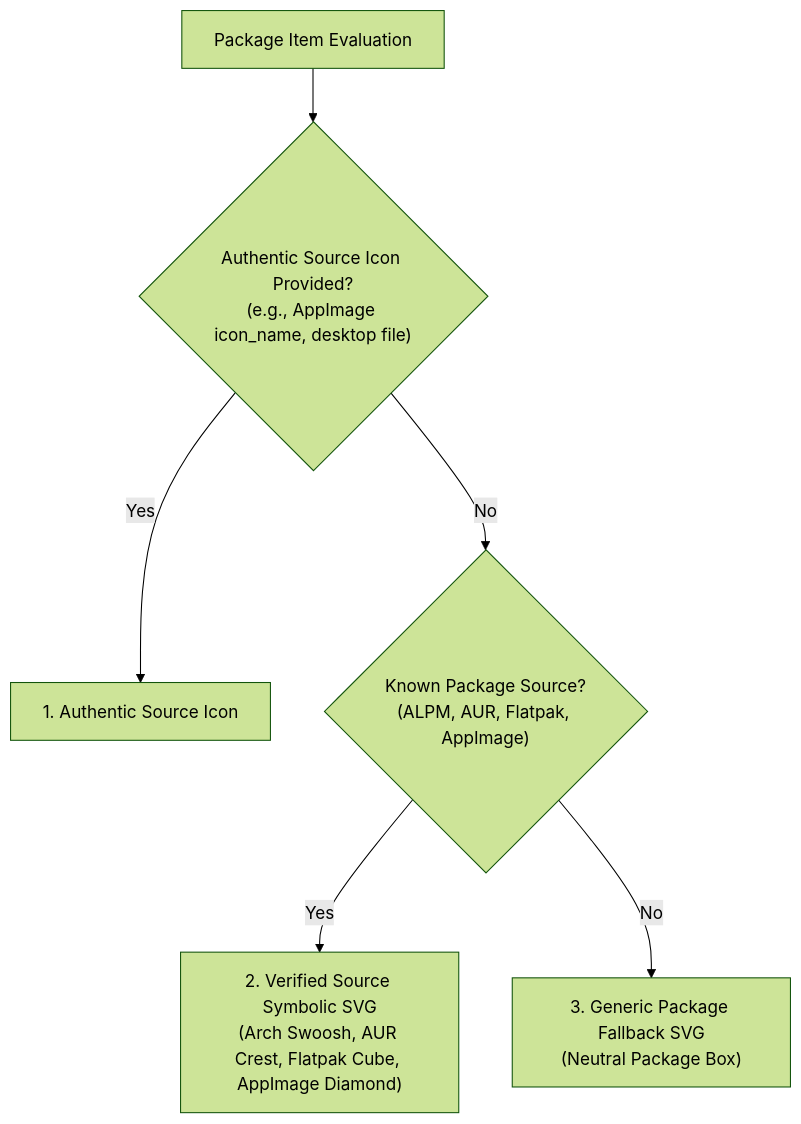
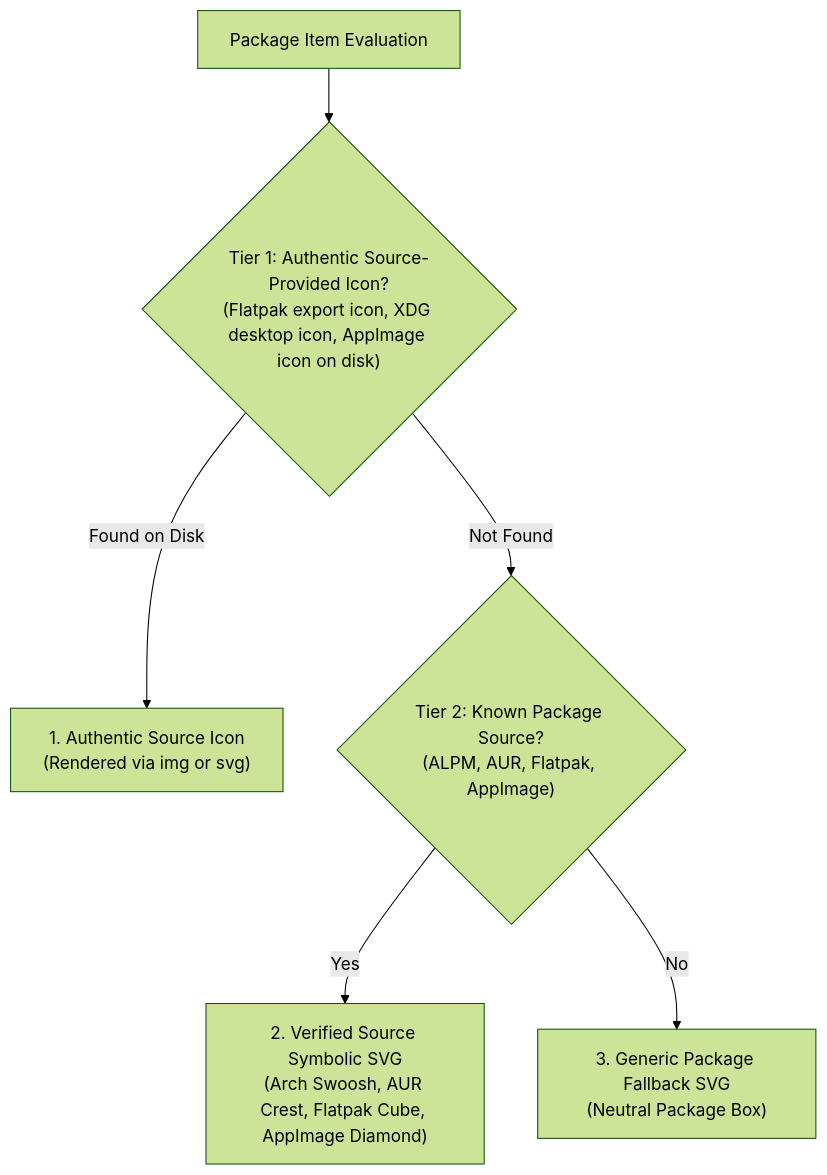
The diagram in docs/gpui/ux-workbench/04-RESULTS-WORKBENCH.md (tension-atoi/shelly-gpui), drawn with Mermaid (forest theme) before and after one commit. The commit also changed other lines of this file and 5 other files, not shown here.

````diff
--- a/docs/gpui/ux-workbench/04-RESULTS-WORKBENCH.md
+++ b/docs/gpui/ux-workbench/04-RESULTS-WORKBENCH.md
@@ -44,8 +44,8 @@
 ```mermaid
 flowchart TD
-    Start["Package Item Evaluation"] --> Step1{"Authentic Source Icon Provided?<br/>(e.g., AppImage icon_name, desktop file)"}
-    Step1 -- Yes --> UseProvided["1. Authentic Source Icon"]
-    Step1 -- No --> Step2{"Known Package Source?<br/>(ALPM, AUR, Flatpak, AppImage)"}
+    Start["Package Item Evaluation"] --> Step1{"Tier 1: Authentic Source-Provided Icon?<br/>(Flatpak export icon, XDG desktop icon, AppImage icon on disk)"}
+    Step1 -- Found on Disk --> UseProvided["1. Authentic Source Icon<br/>(Rendered via img or svg)"]
+    Step1 -- Not Found --> Step2{"Tier 2: Known Package Source?<br/>(ALPM, AUR, Flatpak, AppImage)"}
     Step2 -- Yes --> UseSymbolic["2. Verified Source Symbolic SVG<br/>(Arch Swoosh, AUR Crest, Flatpak Cube, AppImage Diamond)"]
     Step2 -- No --> UseGeneric["3. Generic Package Fallback SVG<br/>(Neutral Package Box)"]
 ```
````
